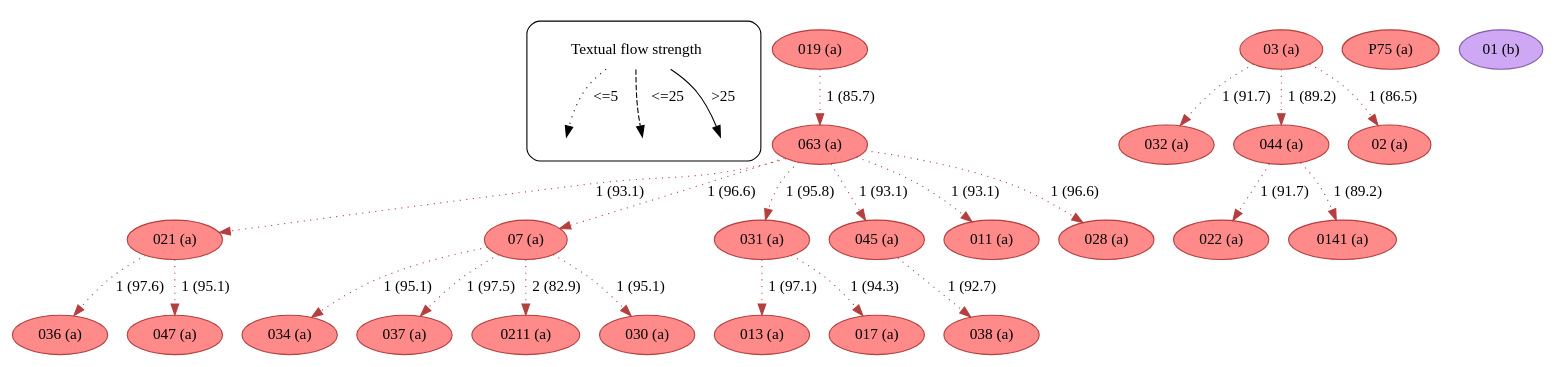
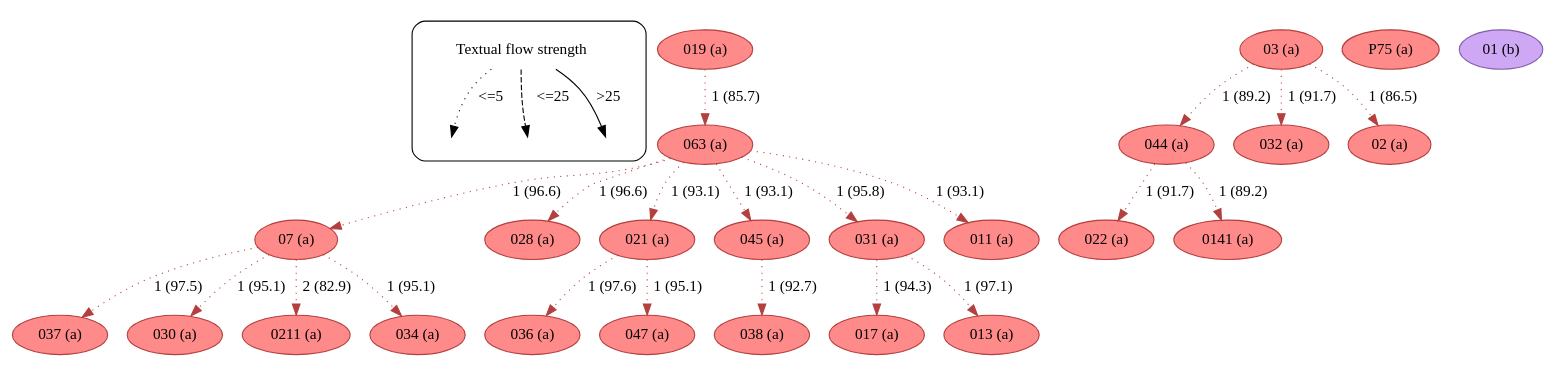
One commit to edmondac/CBGM changed the diagram in example/c2/textual_flow_24_36_c2.dot. Above: the diagram before and after it, drawn with Graphviz. The commit also changed other lines of this file and 163 other files, not shown here.

```diff
--- a/example/c2/textual_flow_24_36_c2.dot
+++ b/example/c2/textual_flow_24_36_c2.dot
@@ -1,189 +1,189 @@
 strict digraph  {
 	node [label="\N"];
 	subgraph cluster_legend {
 		graph [style=rounded];
 		leg_s		 [label="Textual flow strength",
 			shape=plaintext];
 		leg_e1		 [fixedsize=True,
 			height=0.2,
 			label="",
 			style=invis];
 		leg_s -> leg_e1		 [label="<=5  ",
 			style=dotted];
 		leg_e2		 [fixedsize=True,
 			height=0.2,
 			label="",
 			style=invis];
 		leg_s -> leg_e2		 [label="  <=25",
 			style=dashed];
 		leg_e3		 [fixedsize=True,
 			height=0.2,
 			label="",
 			style=invis];
 		leg_s -> leg_e3		 [label=">25",
 			style=solid];
 	}
+	063	 [color="#b43f3f",
+		fillcolor="#FF8A8A",
+		label="063 (a)",
+		style=filled];
+	07	 [color="#b43f3f",
+		fillcolor="#FF8A8A",
+		label="07 (a)",
+		style=filled];
+	063 -> 07	 [color="#b43f3f",
+		label="1 (96.6)",
+		style=dotted];
+	028	 [color="#b43f3f",
+		fillcolor="#FF8A8A",
+		label="028 (a)",
+		style=filled];
+	063 -> 028	 [color="#b43f3f",
+		label="1 (96.6)",
+		style=dotted];
 	021	 [color="#b43f3f",
 		fillcolor="#FF8A8A",
 		label="021 (a)",
 		style=filled];
+	063 -> 021	 [color="#b43f3f",
+		label="1 (93.1)",
+		style=dotted];
+	045	 [color="#b43f3f",
+		fillcolor="#FF8A8A",
+		label="045 (a)",
+		style=filled];
+	063 -> 045	 [color="#b43f3f",
+		label="1 (93.1)",
+		style=dotted];
+	031	 [color="#b43f3f",
+		fillcolor="#FF8A8A",
+		label="031 (a)",
+		style=filled];
+	063 -> 031	 [color="#b43f3f",
+		label="1 (95.8)",
+		style=dotted];
+	011	 [color="#b43f3f",
+		fillcolor="#FF8A8A",
+		label="011 (a)",
+		style=filled];
+	063 -> 011	 [color="#b43f3f",
+		label="1 (93.1)",
+		style=dotted];
+	037	 [color="#b43f3f",
+		fillcolor="#FF8A8A",
+		label="037 (a)",
+		style=filled];
+	07 -> 037	 [color="#b43f3f",
+		label="1 (97.5)",
+		style=dotted];
+	030	 [color="#b43f3f",
+		fillcolor="#FF8A8A",
+		label="030 (a)",
+		style=filled];
+	07 -> 030	 [color="#b43f3f",
+		label="1 (95.1)",
+		style=dotted];
+	0211	 [color="#b43f3f",
+		fillcolor="#FF8A8A",
+		label="0211 (a)",
+		style=filled];
+	07 -> 0211	 [color="#b43f3f",
+		label="2 (82.9)",
+		style=dotted];
+	034	 [color="#b43f3f",
+		fillcolor="#FF8A8A",
+		label="034 (a)",
+		style=filled];
+	07 -> 034	 [color="#b43f3f",
+		label="1 (95.1)",
+		style=dotted];
 	036	 [color="#b43f3f",
 		fillcolor="#FF8A8A",
 		label="036 (a)",
 		style=filled];
 	021 -> 036	 [color="#b43f3f",
 		label="1 (97.6)",
 		style=dotted];
 	047	 [color="#b43f3f",
 		fillcolor="#FF8A8A",
 		label="047 (a)",
 		style=filled];
 	021 -> 047	 [color="#b43f3f",
 		label="1 (95.1)",
 		style=dotted];
 	03	 [color="#b43f3f",
 		fillcolor="#FF8A8A",
 		label="03 (a)",
 		style=filled];
+	044	 [color="#b43f3f",
+		fillcolor="#FF8A8A",
+		label="044 (a)",
+		style=filled];
+	03 -> 044	 [color="#b43f3f",
+		label="1 (89.2)",
+		style=dotted];
 	032	 [color="#b43f3f",
 		fillcolor="#FF8A8A",
 		label="032 (a)",
 		style=filled];
 	03 -> 032	 [color="#b43f3f",
 		label="1 (91.7)",
 		style=dotted];
-	044	 [color="#b43f3f",
-		fillcolor="#FF8A8A",
-		label="044 (a)",
-		style=filled];
-	03 -> 044	 [color="#b43f3f",
-		label="1 (89.2)",
-		style=dotted];
 	02	 [color="#b43f3f",
 		fillcolor="#FF8A8A",
 		label="02 (a)",
 		style=filled];
 	03 -> 02	 [color="#b43f3f",
 		label="1 (86.5)",
-		style=dotted];
-	07	 [color="#b43f3f",
-		fillcolor="#FF8A8A",
-		label="07 (a)",
-		style=filled];
-	034	 [color="#b43f3f",
-		fillcolor="#FF8A8A",
-		label="034 (a)",
-		style=filled];
-	07 -> 034	 [color="#b43f3f",
-		label="1 (95.1)",
-		style=dotted];
-	037	 [color="#b43f3f",
-		fillcolor="#FF8A8A",
-		label="037 (a)",
-		style=filled];
-	07 -> 037	 [color="#b43f3f",
-		label="1 (97.5)",
-		style=dotted];
-	0211	 [color="#b43f3f",
-		fillcolor="#FF8A8A",
-		label="0211 (a)",
-		style=filled];
-	07 -> 0211	 [color="#b43f3f",
-		label="2 (82.9)",
-		style=dotted];
-	030	 [color="#b43f3f",
-		fillcolor="#FF8A8A",
-		label="030 (a)",
-		style=filled];
-	07 -> 030	 [color="#b43f3f",
-		label="1 (95.1)",
-		style=dotted];
-	031	 [color="#b43f3f",
-		fillcolor="#FF8A8A",
-		label="031 (a)",
-		style=filled];
-	013	 [color="#b43f3f",
-		fillcolor="#FF8A8A",
-		label="013 (a)",
-		style=filled];
-	031 -> 013	 [color="#b43f3f",
-		label="1 (97.1)",
-		style=dotted];
-	017	 [color="#b43f3f",
-		fillcolor="#FF8A8A",
-		label="017 (a)",
-		style=filled];
-	031 -> 017	 [color="#b43f3f",
-		label="1 (94.3)",
-		style=dotted];
-	063	 [color="#b43f3f",
-		fillcolor="#FF8A8A",
-		label="063 (a)",
-		style=filled];
-	063 -> 021	 [color="#b43f3f",
-		label="1 (93.1)",
-		style=dotted];
-	063 -> 07	 [color="#b43f3f",
-		label="1 (96.6)",
-		style=dotted];
-	063 -> 031	 [color="#b43f3f",
-		label="1 (95.8)",
-		style=dotted];
-	045	 [color="#b43f3f",
-		fillcolor="#FF8A8A",
-		label="045 (a)",
-		style=filled];
-	063 -> 045	 [color="#b43f3f",
-		label="1 (93.1)",
-		style=dotted];
-	011	 [color="#b43f3f",
-		fillcolor="#FF8A8A",
-		label="011 (a)",
-		style=filled];
-	063 -> 011	 [color="#b43f3f",
-		label="1 (93.1)",
-		style=dotted];
-	028	 [color="#b43f3f",
-		fillcolor="#FF8A8A",
-		label="028 (a)",
-		style=filled];
-	063 -> 028	 [color="#b43f3f",
-		label="1 (96.6)",
-		style=dotted];
-	038	 [color="#b43f3f",
-		fillcolor="#FF8A8A",
-		label="038 (a)",
-		style=filled];
-	045 -> 038	 [color="#b43f3f",
-		label="1 (92.7)",
 		style=dotted];
 	022	 [color="#b43f3f",
 		fillcolor="#FF8A8A",
 		label="022 (a)",
 		style=filled];
 	044 -> 022	 [color="#b43f3f",
 		label="1 (91.7)",
 		style=dotted];
 	0141	 [color="#b43f3f",
 		fillcolor="#FF8A8A",
 		label="0141 (a)",
 		style=filled];
 	044 -> 0141	 [color="#b43f3f",
 		label="1 (89.2)",
+		style=dotted];
+	038	 [color="#b43f3f",
+		fillcolor="#FF8A8A",
+		label="038 (a)",
+		style=filled];
+	045 -> 038	 [color="#b43f3f",
+		label="1 (92.7)",
+		style=dotted];
+	017	 [color="#b43f3f",
+		fillcolor="#FF8A8A",
+		label="017 (a)",
+		style=filled];
+	031 -> 017	 [color="#b43f3f",
+		label="1 (94.3)",
+		style=dotted];
+	013	 [color="#b43f3f",
+		fillcolor="#FF8A8A",
+		label="013 (a)",
+		style=filled];
+	031 -> 013	 [color="#b43f3f",
+		label="1 (97.1)",
 		style=dotted];
 	019	 [color="#b43f3f",
 		fillcolor="#FF8A8A",
 		label="019 (a)",
 		style=filled];
 	019 -> 063	 [color="#b43f3f",
 		label="1 (85.7)",
 		style=dotted];
 	P75	 [color="#b43f3f",
 		fillcolor="#FF8A8A",
 		label="P75 (a)",
 		style=filled];
 	01	 [color="#835da9",
 		fillcolor="#CEA8F4",
 		label="01 (b)",
 		style=filled];
 }
```
